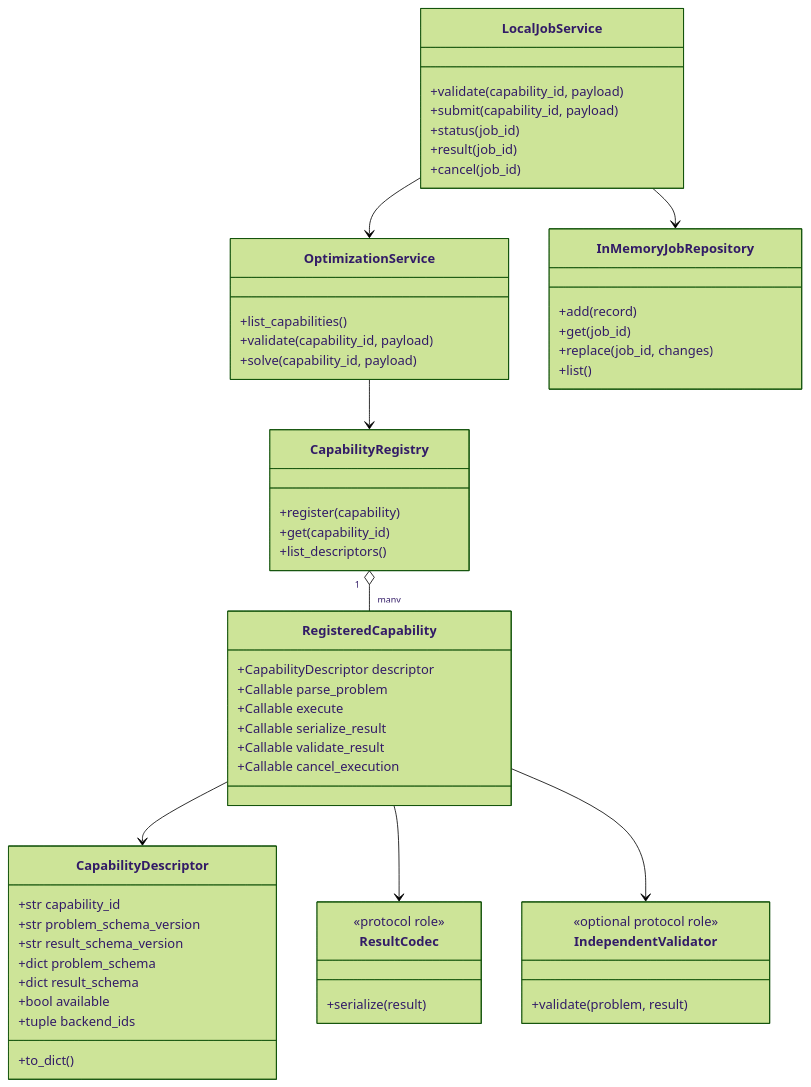
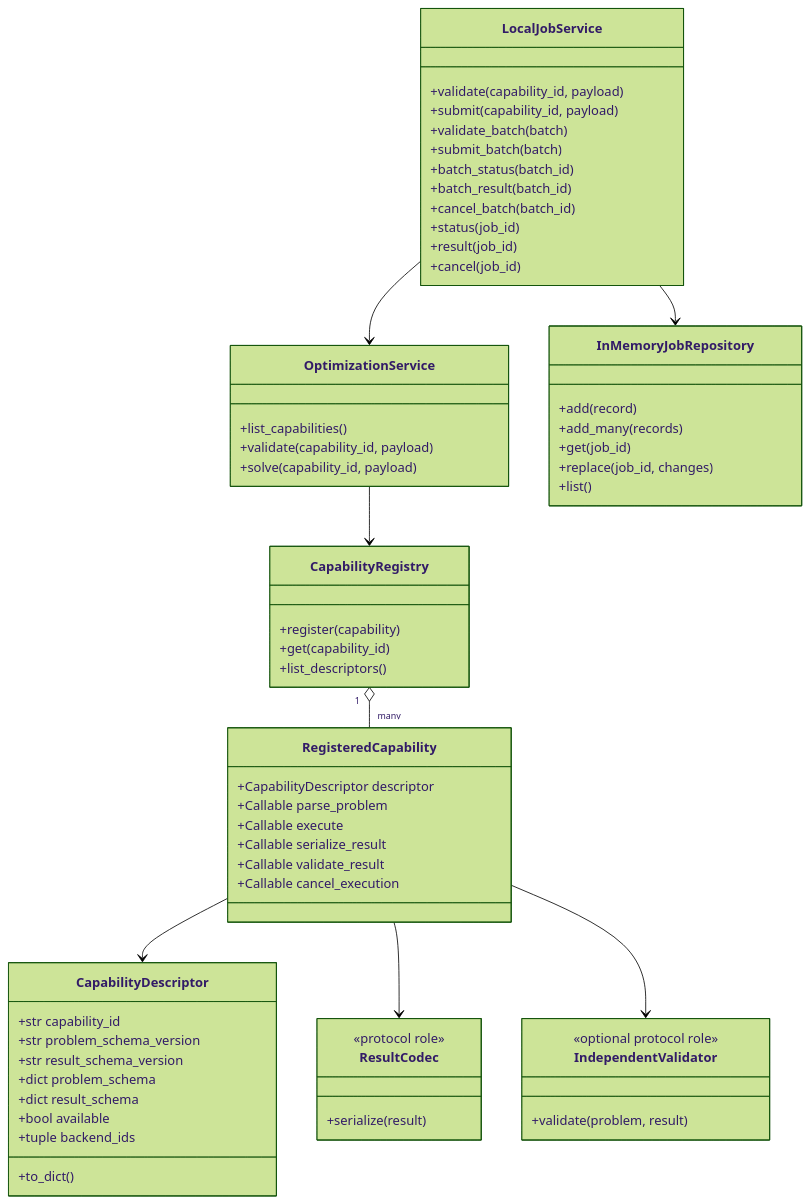
Before and after one commit to Pablo-gitub/optees: the fourth of 10 diagrams in docs/ARCHITECTURE.md, drawn with Mermaid (forest theme). The commit also changed other lines of this file and 20 other files, not shown here.

````diff
--- a/docs/ARCHITECTURE.md
+++ b/docs/ARCHITECTURE.md
@@ -192,67 +192,73 @@
 ```mermaid
 classDiagram
     class CapabilityDescriptor {
         +str capability_id
         +str problem_schema_version
         +str result_schema_version
         +dict problem_schema
         +dict result_schema
         +bool available
         +tuple backend_ids
         +to_dict()
     }
 
     class RegisteredCapability {
         +CapabilityDescriptor descriptor
         +Callable parse_problem
         +Callable execute
         +Callable serialize_result
         +Callable validate_result
         +Callable cancel_execution
     }
 
     class CapabilityRegistry {
         +register(capability)
         +get(capability_id)
         +list_descriptors()
     }
 
     class OptimizationService {
         +list_capabilities()
         +validate(capability_id, payload)
         +solve(capability_id, payload)
     }
 
     class LocalJobService {
         +validate(capability_id, payload)
         +submit(capability_id, payload)
+        +validate_batch(batch)
+        +submit_batch(batch)
+        +batch_status(batch_id)
+        +batch_result(batch_id)
+        +cancel_batch(batch_id)
         +status(job_id)
         +result(job_id)
         +cancel(job_id)
     }
 
     class InMemoryJobRepository {
         +add(record)
+        +add_many(records)
         +get(job_id)
         +replace(job_id, changes)
         +list()
     }
 
     class ResultCodec {
         <<protocol role>>
         +serialize(result)
     }
 
     class IndependentValidator {
         <<optional protocol role>>
         +validate(problem, result)
     }
 
     CapabilityRegistry "1" o-- "many" RegisteredCapability
     RegisteredCapability --> CapabilityDescriptor
     RegisteredCapability --> ResultCodec
     RegisteredCapability --> IndependentValidator
     OptimizationService --> CapabilityRegistry
     LocalJobService --> OptimizationService
     LocalJobService --> InMemoryJobRepository
 ```
````
